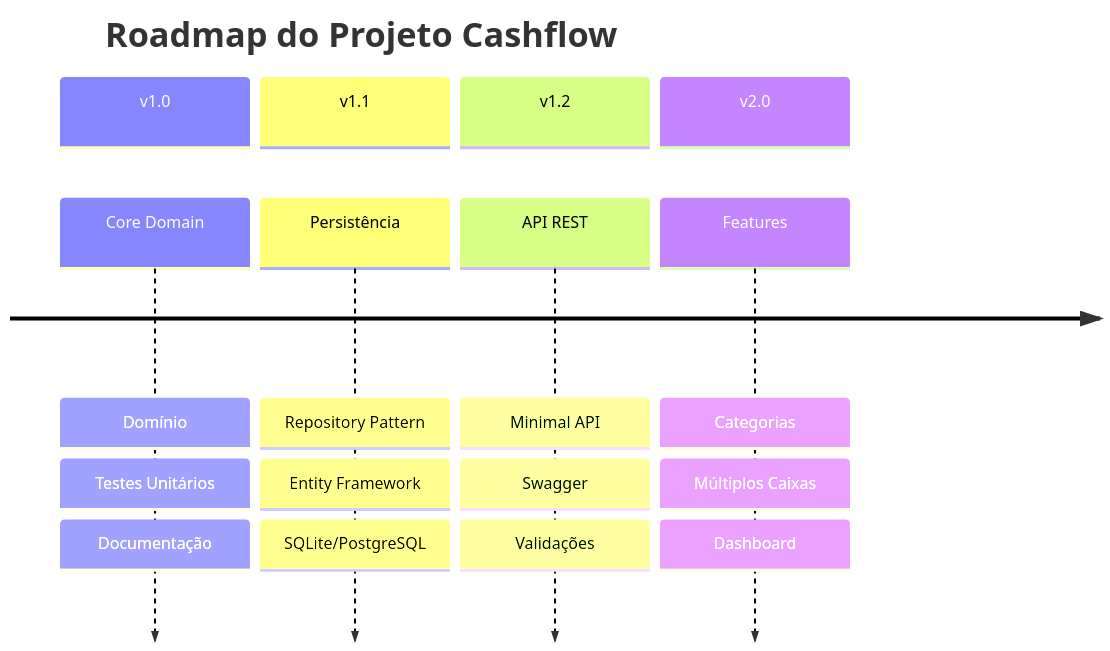
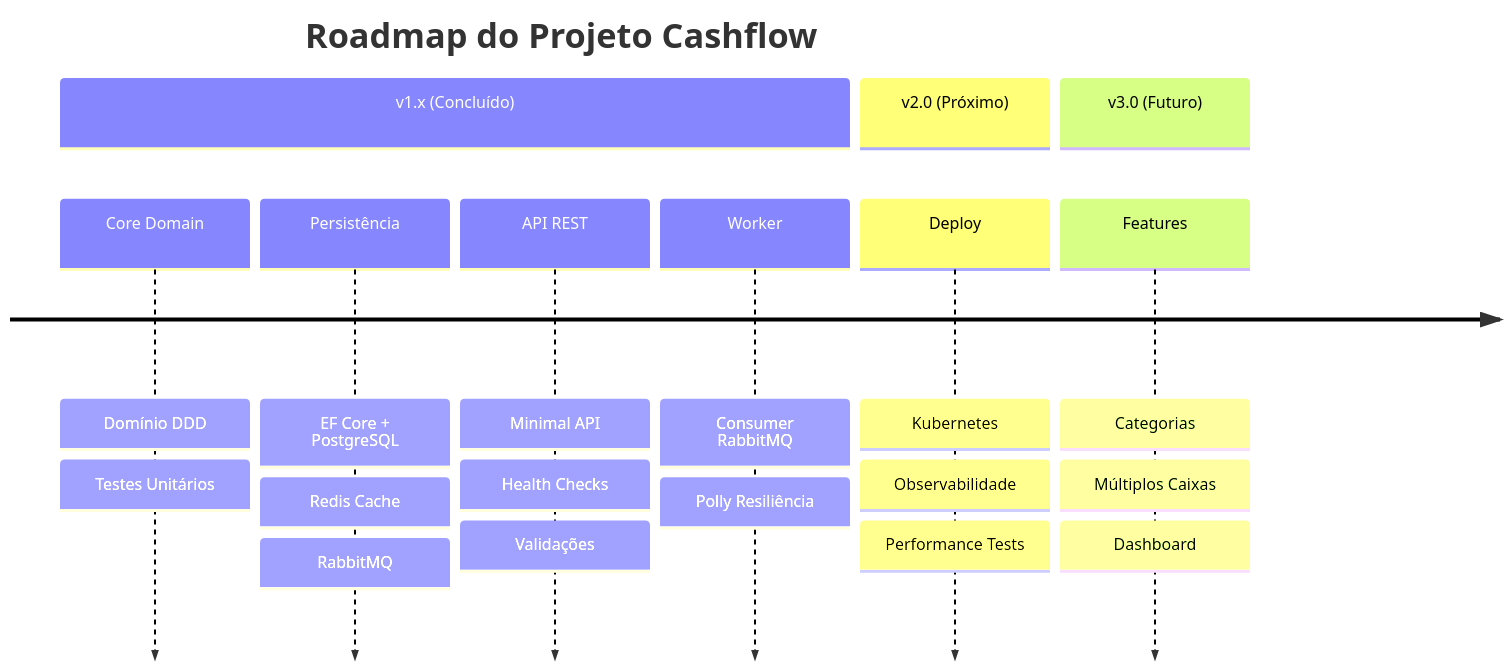
Before and after one commit to nelson1987/desafio-cashflow: the second of 5 diagrams in docs/ROADMAP.md, drawn with Mermaid. The commit also changed other lines of this file and 3 other files, not shown here.

````diff
--- a/docs/ROADMAP.md
+++ b/docs/ROADMAP.md
@@ -33,24 +80,26 @@
 ```mermaid
 timeline
     title Roadmap do Projeto Cashflow
     
-    section v1.0
-        Core Domain : Domínio
+    section v1.x (Concluído)
+        Core Domain : Domínio DDD
                     : Testes Unitários
-                    : Documentação
+        Persistência : EF Core + PostgreSQL
+                     : Redis Cache
+                     : RabbitMQ
+        API REST : Minimal API
+                 : Health Checks
+                 : Validações
+        Worker : Consumer RabbitMQ
+               : Polly Resiliência
     
-    section v1.1
-        Persistência : Repository Pattern
-                     : Entity Framework
-                     : SQLite/PostgreSQL
+    section v2.0 (Próximo)
+        Deploy : Kubernetes
+               : Observabilidade
+               : Performance Tests
     
-    section v1.2
-        API REST : Minimal API
-                 : Swagger
-                 : Validações
-    
-    section v2.0
+    section v3.0 (Futuro)
         Features : Categorias
                  : Múltiplos Caixas
                  : Dashboard
 ```
````
